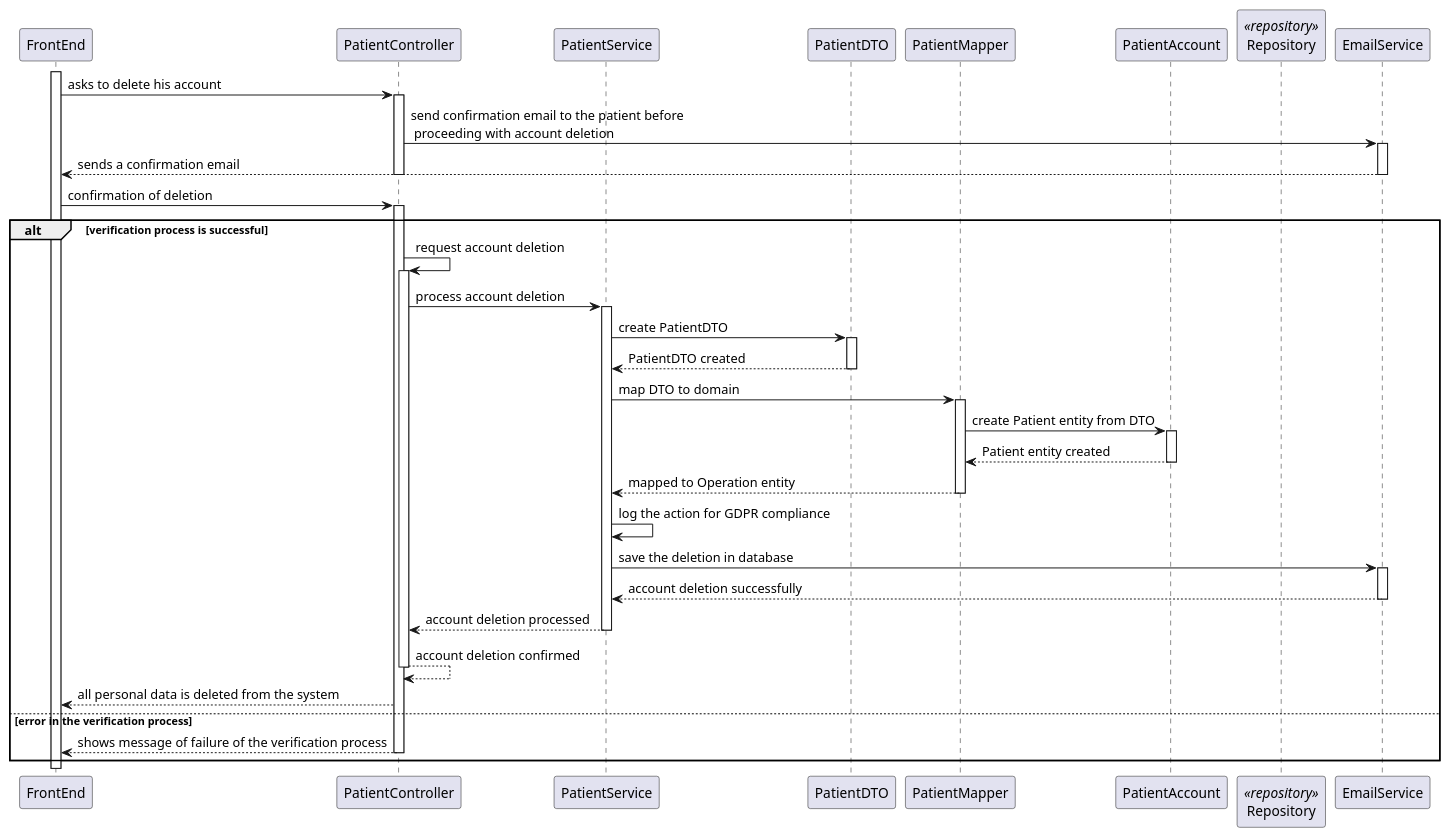
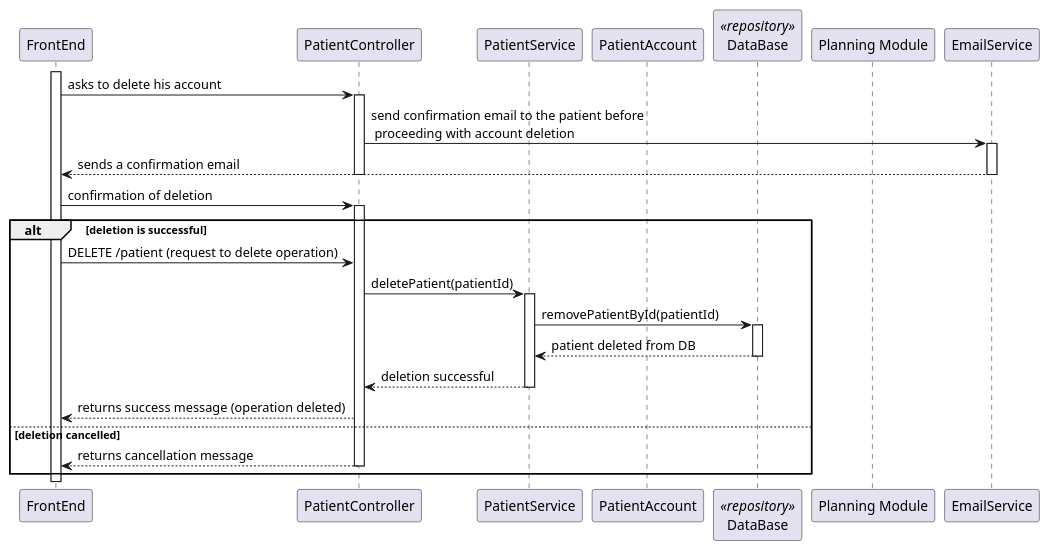
Before and after one commit to Saquinho74/LAPR5: the diagram in Docs/SprintA/US5/level3/delete_account.puml, drawn with PlantUML. The commit also changed 1 other file, not shown here.

```diff
--- a/Docs/SprintA/US5/level3/delete_account.puml
+++ b/Docs/SprintA/US5/level3/delete_account.puml
@@ -1,72 +1,63 @@
 @startuml
 'autonumber
 participant FrontEnd as fe
 participant "PatientController" as ctrl
 participant "PatientService" as serv
-participant "PatientDTO" as dto
-participant "PatientMapper" as map
 participant "PatientAccount" as operation
-participant "Repository" as repo <<repository>>
+participant "DataBase" as repo <<repository>>
+participant "Planning Module" as planning
 
 participant "EmailService" as es
 
 
 activate fe
 
 fe -> ctrl: asks to delete his account
 activate ctrl
 
 ctrl -> es: send confirmation email to the patient before\n proceeding with account deletion
 activate es
 
 es --> fe: sends a confirmation email
 deactivate es
 
 deactivate ctrl
 
 fe -> ctrl: confirmation of deletion
 activate ctrl
 
-alt verification process is successful
 
-ctrl -> ctrl: request account deletion
-activate ctrl
 
-ctrl -> serv: process account deletion
-activate serv
+alt deletion is successful
 
-serv -> dto: create PatientDTO
-activate dto
-dto --> serv: PatientDTO created
-deactivate dto
+fe -> ctrl : DELETE /patient (request to delete operation)
 
-serv -> map : map DTO to domain
-activate map
-map -> operation : create Patient entity from DTO
-activate operation
-operation --> map : Patient entity created
-deactivate operation
-map --> serv : mapped to Operation entity
-deactivate map
+    ctrl -> serv: deletePatient(patientId)
 
-serv -> serv: log the action for GDPR compliance
+    activate serv
 
-serv -> es: save the deletion in database
-activate es
-es --> serv: account deletion successfully
-deactivate es
+    serv -> repo: removePatientById(patientId)
 
-serv --> ctrl: account deletion processed
-deactivate serv
+    activate repo
 
-ctrl --> ctrl: account deletion confirmed
-deactivate ctrl
+    repo --> serv: patient deleted from DB
 
-ctrl --> fe: all personal data is deleted from the system
-else error in the verification process
+    deactivate repo
 
-ctrl --> fe: shows message of failure of the verification process
+    serv --> ctrl: deletion successful
 
-deactivate ctrl
+    deactivate serv
+
+    ctrl --> fe: returns success message (operation deleted)
+
+
+
+else deletion cancelled
+
+    ctrl --> fe: returns cancellation message
+
+    deactivate ctrl
+
 end
+
 @enduml
```
